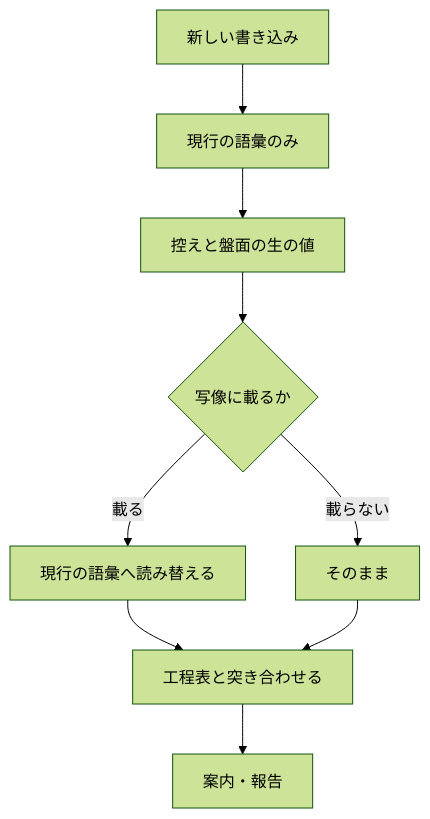
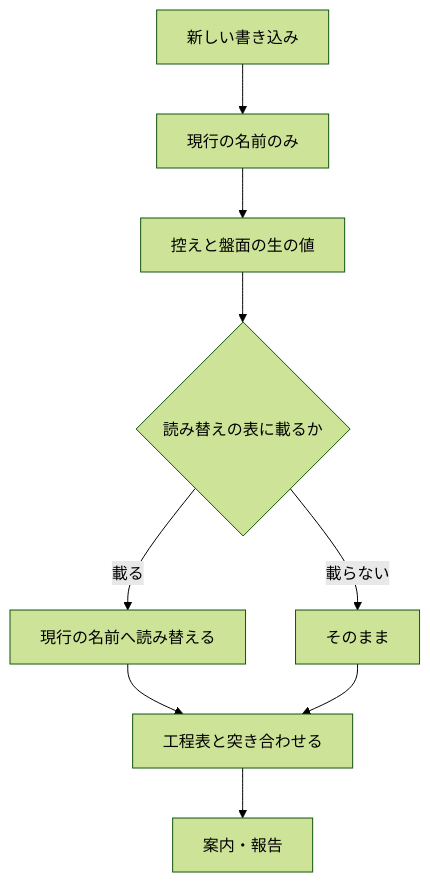
Before and after one commit to devbasex/ai-plugins: the diagram in issues/issue-421-423-391-modes-and-stages/02-design.md, drawn with Mermaid (forest theme). The commit also changed other lines of this file and 1 other file, not shown here.

````diff
--- a/issues/issue-421-423-391-modes-and-stages/02-design.md
+++ b/issues/issue-421-423-391-modes-and-stages/02-design.md
@@ -210,11 +242,11 @@
 ```mermaid
 flowchart TD
-    R[控えと盤面の生の値] --> A{写像に載るか}
-    A -->|載る| B[現行の語彙へ読み替える]
+    R[控えと盤面の生の値] --> A{読み替えの表に載るか}
+    A -->|載る| B[現行の名前へ読み替える]
     A -->|載らない| C[そのまま]
     B --> D[工程表と突き合わせる]
     C --> D
     D --> E[案内・報告]
-    W[新しい書き込み] --> F[現行の語彙のみ]
+    W[新しい書き込み] --> F[現行の名前のみ]
     F --> R
 ```
````
